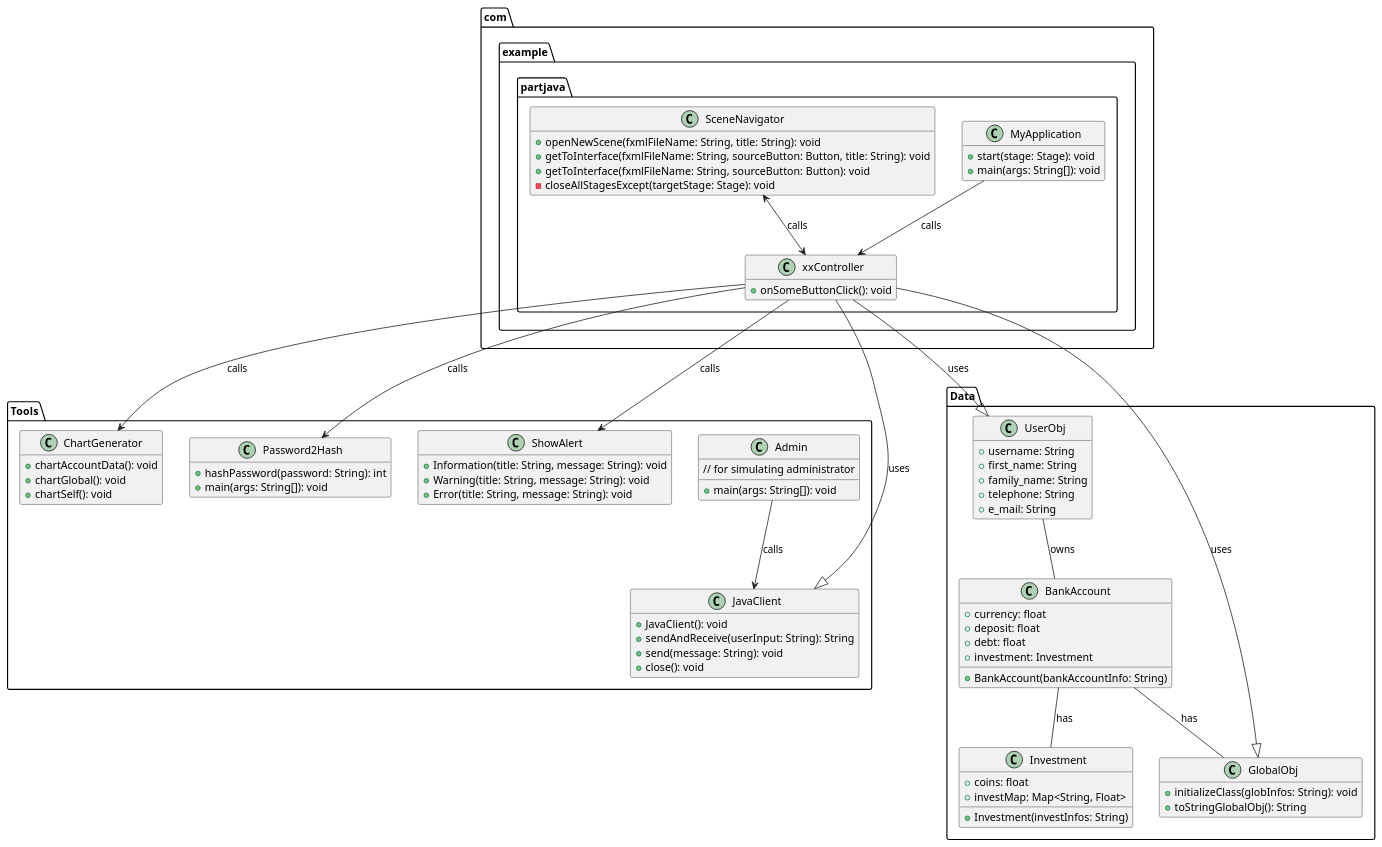
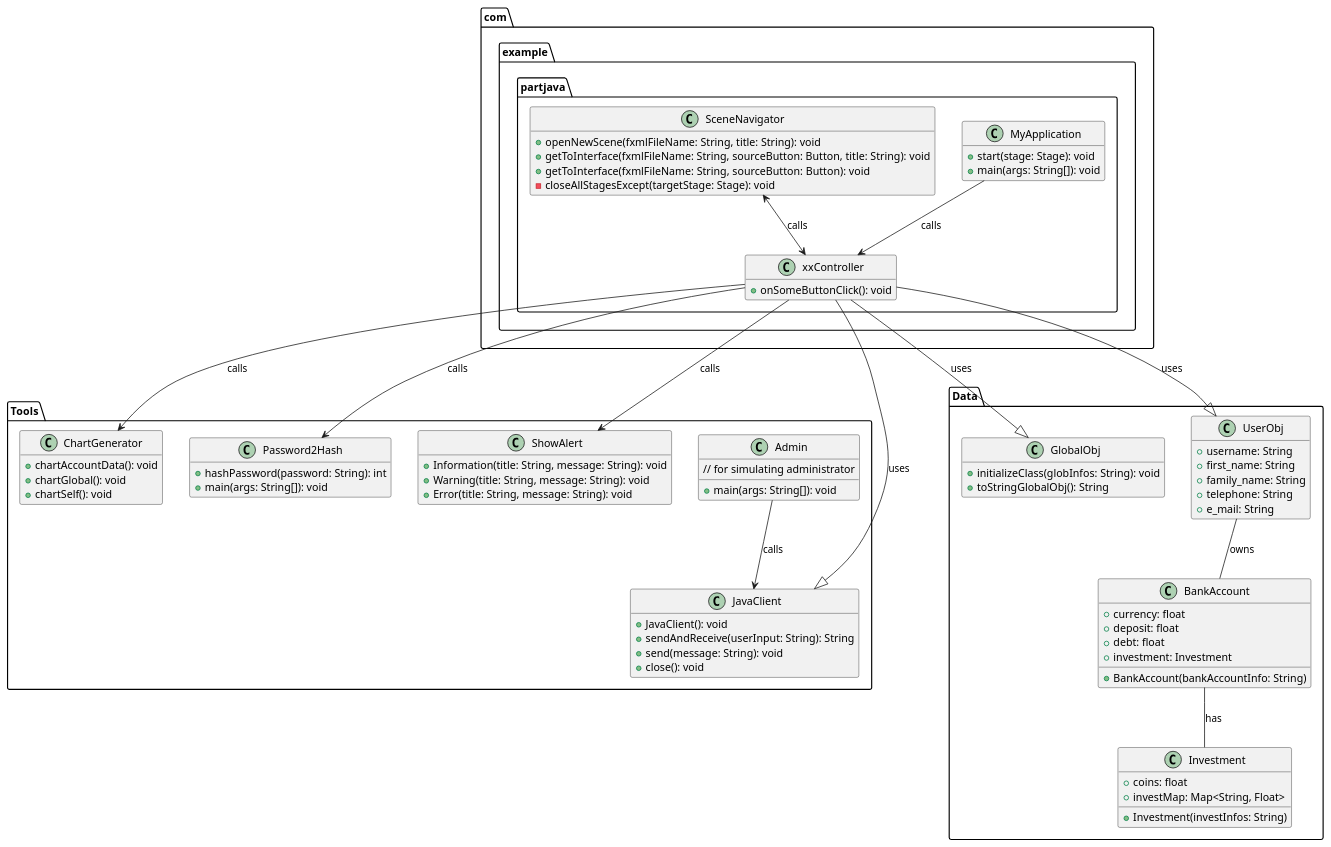
The diagram in MyProject.puml (JeongHan-Bae/Proj_Final_JV), drawn with PlantUML before and after one commit.

```diff
--- a/MyProject.puml
+++ b/MyProject.puml
@@ -1,100 +1,100 @@
 @startuml
 hide empty fields
 hide empty methods
 hide empty attributes
 
 package com.example.partjava {
     class MyApplication {
         +start(stage: Stage): void
         +main(args: String[]): void
     }
 
     class SceneNavigator {
         +openNewScene(fxmlFileName: String, title: String): void
         +getToInterface(fxmlFileName: String, sourceButton: Button, title: String): void
         +getToInterface(fxmlFileName: String, sourceButton: Button): void
         -closeAllStagesExcept(targetStage: Stage): void
     }
 
     class xxController {
         +onSomeButtonClick(): void
     }
     MyApplication --> xxController : calls
     SceneNavigator <--> xxController : calls
 }
 
 package Tools {
     class JavaClient {
         +JavaClient(): void
         +sendAndReceive(userInput: String): String
         +send(message: String): void
         +close(): void
     }
 
     class Admin {
         +main(args: String[]): void
         // for simulating administrator
     }
 
     class ChartGenerator {
         +chartAccountData(): void
         +chartGlobal(): void
         +chartSelf(): void
     }
 
     class Password2Hash {
         +hashPassword(password: String): int
         +main(args: String[]): void
     }
 
     class ShowAlert {
         +Information(title: String, message: String): void
         +Warning(title: String, message: String): void
         +Error(title: String, message: String): void
     }
     Admin --> JavaClient : calls
 }
 
 package Data {
     class BankAccount {
         +currency: float
         +deposit: float
         +debt: float
         +investment: Investment
         +BankAccount(bankAccountInfo: String)
     }
 
     class GlobalObj {
         +initializeClass(globInfos: String): void
         +toStringGlobalObj(): String
     }
 
     class Investment {
         +coins: float
         +investMap: Map<String, Float>
         +Investment(investInfos: String)
     }
 
     class UserObj {
         +username: String
         +first_name: String
         +family_name: String
         +telephone: String
         +e_mail: String
     }
     BankAccount -- Investment : has
-    BankAccount -- GlobalObj : has
+
     UserObj -- BankAccount : owns
 }
 
 
 xxController --> Tools.ChartGenerator : calls
 xxController --|> Tools.JavaClient : uses
 xxController --> Tools.Password2Hash : calls
 xxController --> Tools.ShowAlert : calls
 xxController --|> Data.UserObj : uses
 xxController --|> Data.GlobalObj : uses
 
 
 
 @enduml
```
